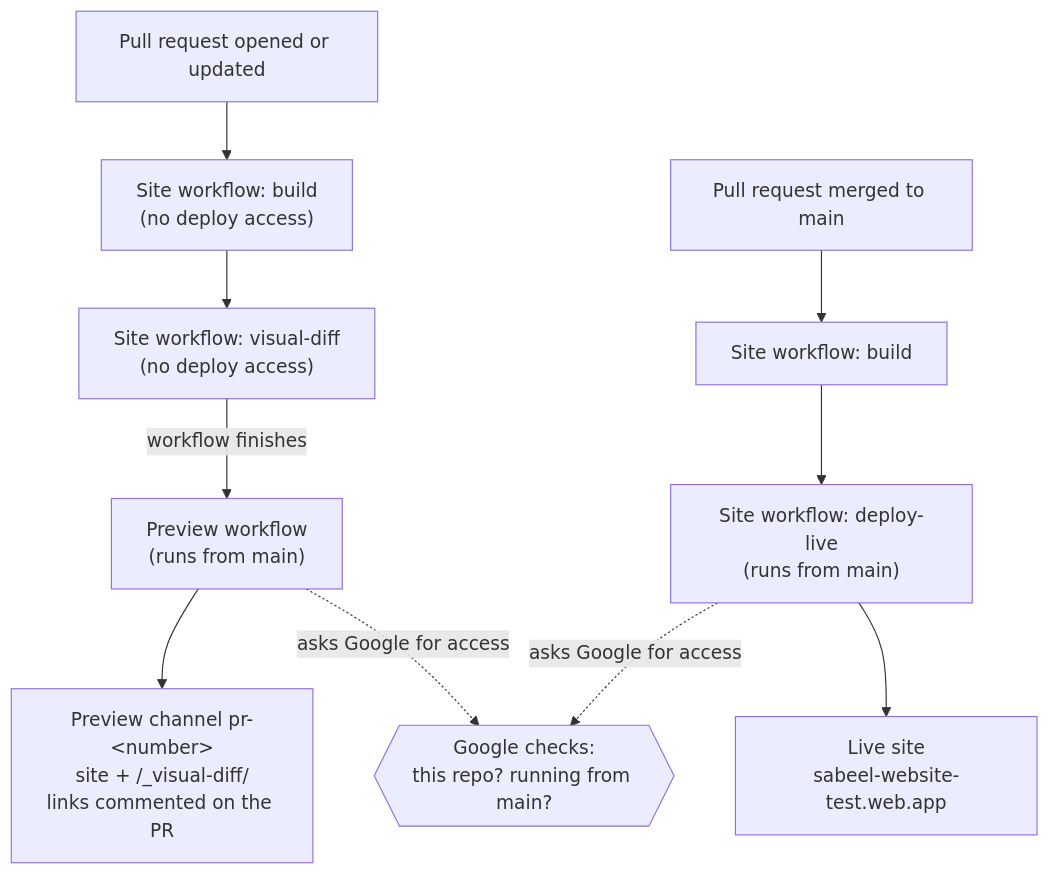
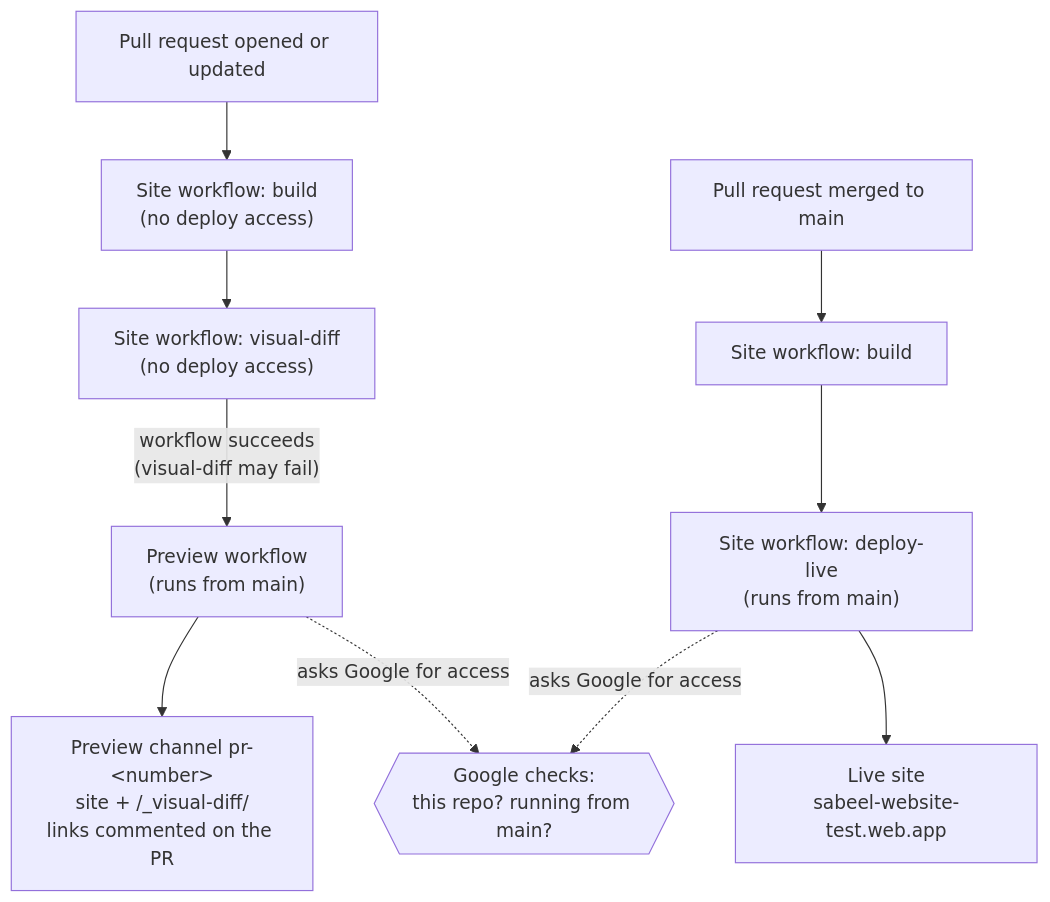
One commit to Sabeel-Institute/sabeel-website-test changed the first of 2 diagrams in docs/deployment.md. Above: the diagram before and after it, drawn with Mermaid. The commit also changed other lines of this file and 11 other files, not shown here.

````diff
--- a/docs/deployment.md
+++ b/docs/deployment.md
@@ -13,12 +13,12 @@
 ```mermaid
 flowchart TB
   PR["Pull request opened or updated"] --> SB["Site workflow: build<br/>(no deploy access)"]
   SB --> SV["Site workflow: visual-diff<br/>(no deploy access)"]
-  SV -- "workflow finishes" --> PV["Preview workflow<br/>(runs from main)"]
+  SV -- "workflow succeeds<br/>(visual-diff may fail)" --> PV["Preview workflow<br/>(runs from main)"]
   PV --> CH["Preview channel pr-&lt;number&gt;<br/>site + /_visual-diff/<br/>links commented on the PR"]
   M["Pull request merged to main"] --> SM["Site workflow: build"]
   SM --> DL["Site workflow: deploy-live<br/>(runs from main)"]
   DL --> LIVE["Live site<br/>sabeel-website-test.web.app"]
   PV -. "asks Google for access" .-> G{{"Google checks:<br/>this repo? running from main?"}}
   DL -. "asks Google for access" .-> G
 ```
````
